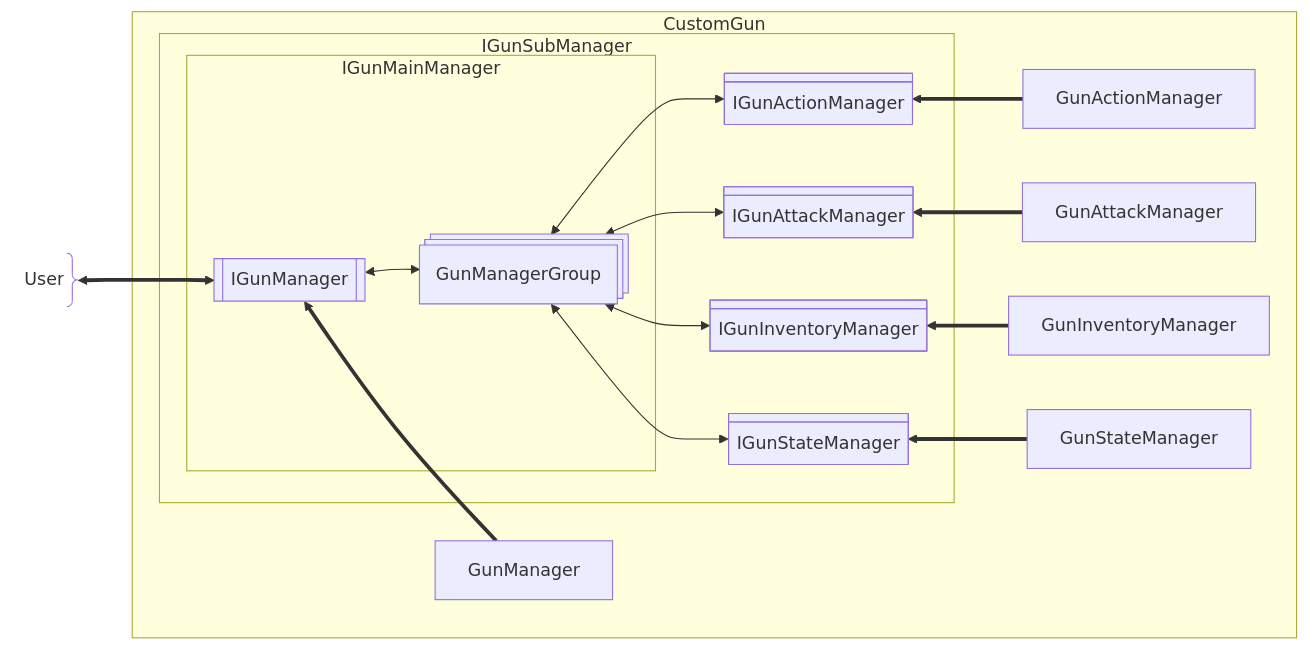
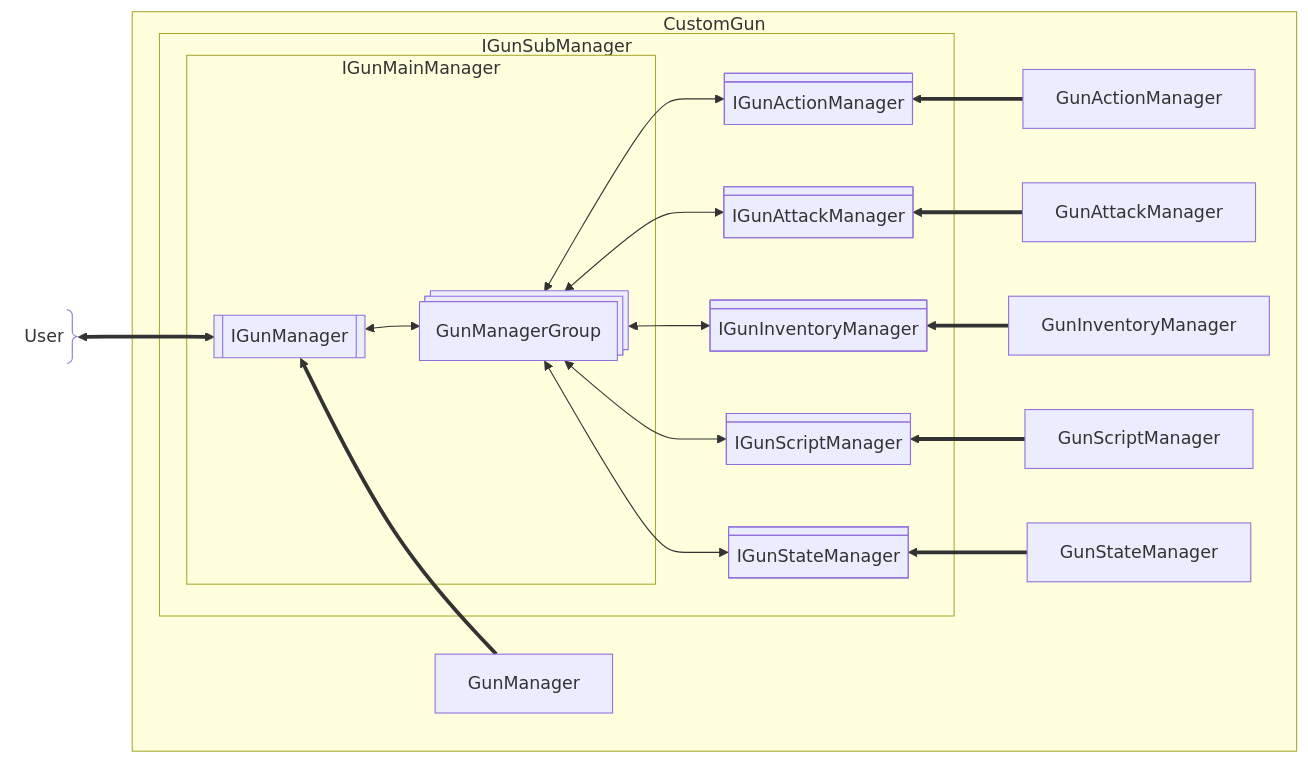
One commit to XColorful/Custom-Gun-Continued changed the diagram in docs/architecture/core/gun/gun-framework.md. Above: the diagram before and after it, drawn with Mermaid. The commit also changed other lines of this file and 21 other files, not shown here.

Commit message:
Introduce GunScriptManager to GunManager framework

````diff
--- a/docs/architecture/core/gun/gun-framework.md
+++ b/docs/architecture/core/gun/gun-framework.md
@@ -3,26 +3,27 @@
 ```mermaid
 flowchart RL
 	subgraph CustomGun
 		%% --------IGunSubManager分形--------
 		subgraph IGunSubManager
 			subgraph IGunMainManager
 				IGunManager
 				GunManagerGroup@{ shape: st-rect }
 			end
-			IGunActionManager & IGunAttackManager & IGunInventoryManager & IGunStateManager <--> GunManagerGroup
+			IGunActionManager & IGunAttackManager & IGunInventoryManager & IGunScriptManager & IGunStateManager <--> GunManagerGroup
 			GunManagerGroup <--> IGunManager
 		end
 		
 		%% --------实现类--------
 		GunManager ==> IGunManager@{ shape: fr-rect }
 		GunActionManager ==> IGunActionManager@{ shape: div-rect }
 		GunAttackManager ==> IGunAttackManager@{ shape: div-rect }
 		GunInventoryManager ==> IGunInventoryManager@{ shape: div-rect }
+		GunScriptManager ==> IGunScriptManager@{ shape: div-rect }
 		GunStateManager ==> IGunStateManager@{ shape: div-rect }
 		
 		%% --------切面父类（可选）--------
 	end
 
 	%% --------外部调用--------
 	IGunManager <==> User@{ shape: brace-r }
 ```
````
